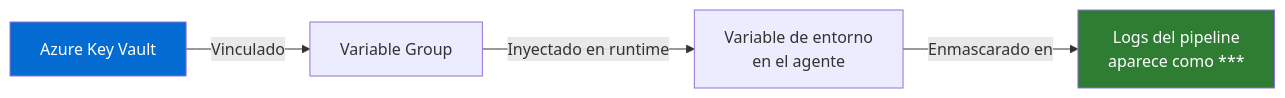
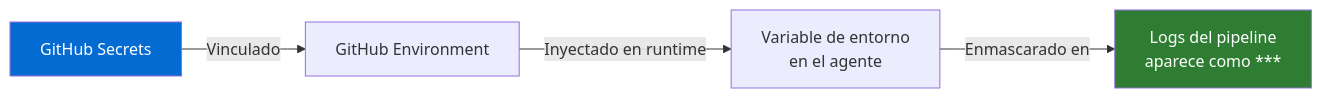
One commit to jhonsanchez/workshop-devsecops-pipelines changed the fourth of 7 diagrams in docs/concepto02-anatomia-pipeline/index.md. Above: the diagram before and after it, drawn with Mermaid. The commit also changed other lines of this file and 6 other files, not shown here.

````diff
--- a/docs/concepto02-anatomia-pipeline/index.md
+++ b/docs/concepto02-anatomia-pipeline/index.md
@@ -246,9 +246,9 @@
 ```mermaid
 flowchart LR
-    KV[Azure Key Vault] --> |Vinculado| VG[Variable Group]
+    KV[GitHub Secrets] --> |Vinculado| VG[GitHub Environment]
     VG --> |Inyectado en runtime| ENV[Variable de entorno<br/>en el agente]
     ENV --> |Enmascarado en| LOGS[Logs del pipeline<br/>aparece como ***]
 
     style KV fill:#046BD2,color:#fff
     style LOGS fill:#2e7d32,color:#fff
 ```
````
